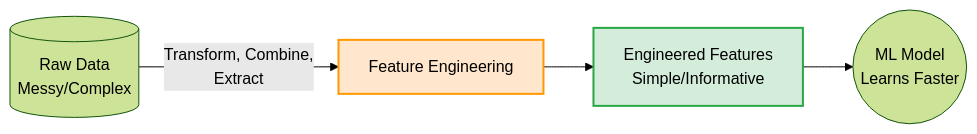
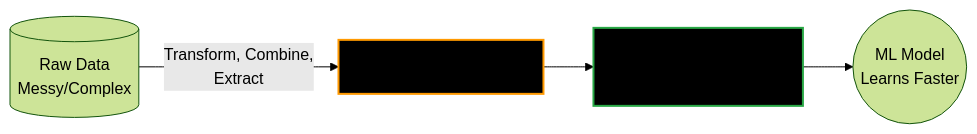
Before and after one commit to Balasubramanian-pg/MSC.-Data-Science-AI: the diagram in Trimester 1/Feature Engineering/W01 - Overview of Feature Engineering/1.1. Module Introduction/1.1. The Foundations of Feature Engineering.md, drawn with Mermaid (forest theme).

Commit message:
Change diagram styles to black for visibility
Updated styles for feature engineering diagram.

````diff
--- a/Trimester 1/Feature Engineering/W01 - Overview of Feature Engineering/1.1. Module Introduction/1.1. The Foundations of Feature Engineering.md
+++ b/Trimester 1/Feature Engineering/W01 - Overview of Feature Engineering/1.1. Module Introduction/1.1. The Foundations of Feature Engineering.md
@@ -11,9 +11,9 @@
 ```mermaid
 flowchart LR
     A[(Raw Data\nMessy/Complex)] -->|Transform, Combine,\nExtract| B[Feature Engineering]
     B --> C[Engineered Features\nSimple/Informative]
     C --> D((ML Model\nLearns Faster))
     
-    style B fill:#ffe6cc,stroke:#ff9900,stroke-width:2px
-    style C fill:#d4edda,stroke:#28a745,stroke-width:2px
+    style B fill:#000000,stroke:#ff9900,stroke-width:2px
+    style C fill:#000000,stroke:#28a745,stroke-width:2px
 ```
````
